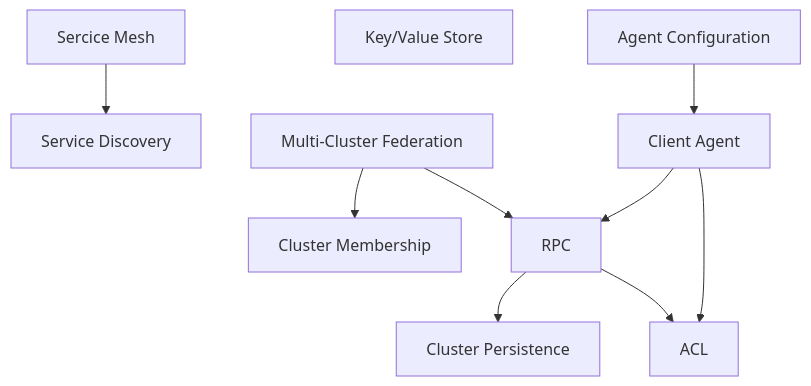
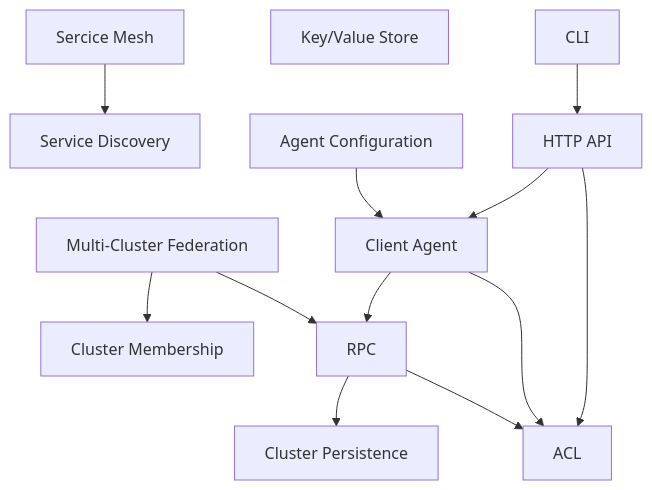
Before and after one commit to Fleklj1/consul: the diagram in contributing/overview.mmd, drawn with Mermaid. The commit also changed 5 other files, not shown here.

```diff
--- a/contributing/overview.mmd
+++ b/contributing/overview.mmd
@@ -1,23 +1,29 @@
 graph TD
     
     ServiceMesh[Sercice Mesh]
     ServiceDiscovery[Service Discovery]
     ClusterMembership[Cluster Membership]
     KV[Key/Value Store]
     MultiClusterFederation[Multi-Cluster Federation]
 
     ACL
     AgentConfiguration[Agent Configuration]
     ClientAgent[Client Agent]
     RPC
     ClusterPersistence[Cluster Persistence]
+    CLI
+    HTTPAPI[HTTP API]
+
+    CLI --> HTTPAPI
+    HTTPAPI --> ClientAgent
+    HTTPAPI --> ACL
 
     AgentConfiguration --> ClientAgent
     ClientAgent --> RPC
     ClientAgent --> ACL
     RPC --> ClusterPersistence
     RPC --> ACL
 
     MultiClusterFederation --> ClusterMembership
     MultiClusterFederation --> RPC
     ServiceMesh --> ServiceDiscovery
```
